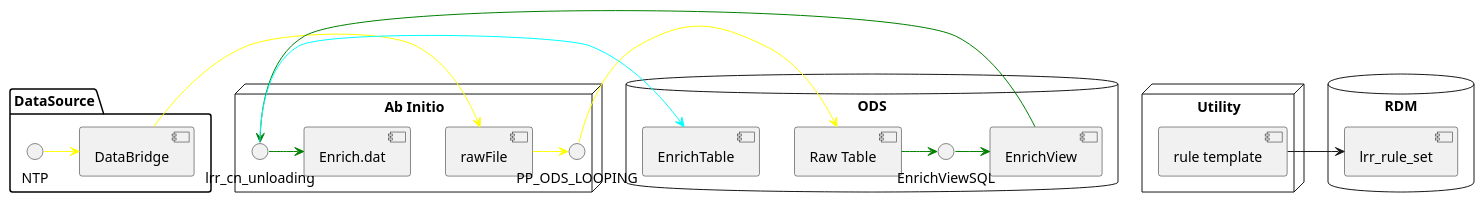
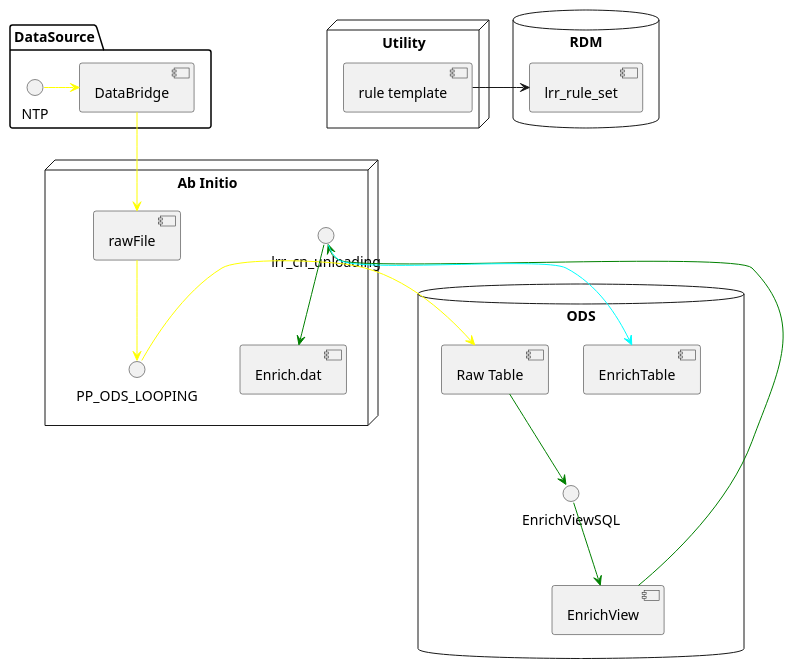
One commit to star-001/JustForFun changed the diagram in PlantUML/ChinaActivity.puml. Above: the diagram before and after it, drawn with PlantUML.

Commit message:
Refactor the layout

```diff
--- a/PlantUML/ChinaActivity.puml
+++ b/PlantUML/ChinaActivity.puml
@@ -1,38 +1,43 @@
 @startuml
 
-package "DataSource" {
+package "DataSource" as ds{
 NTP -[#yellow]> [DataBridge]
 }
-node "Ab Initio" {
+node "Ab Initio" as AI {
+left to right direction
 [rawFile]
 () PP_ODS_LOOPING
+
 () lrr_cn_unloading
 [Enrich.dat]
+top to bottom direction
 }
-
 
 node "Utility"{
 [rule template]
 }
 database "RDM"{
 [lrr_rule_set]
 }
 database "ODS"{
 [Raw Table]
 [EnrichTable]
 [EnrichView]
+
 () EnrichViewSQL
 }
 
-[DataBridge] -[#yellow]> [rawFile]
-rawFile -[#yellow]> PP_ODS_LOOPING
+
+AI --[hidden]>ODS
+[DataBridge] --[#yellow]> [rawFile]
+rawFile -[#yellow]-> PP_ODS_LOOPING
 [EnrichView]-[#green]>lrr_cn_unloading
-PP_ODS_LOOPING -[#yellow]> [Raw Table]
-[Raw Table] -[#green]> EnrichViewSQL
-EnrichViewSQL-[#green]>[EnrichView]
-lrr_cn_unloading-[#green]> [Enrich.dat]
+PP_ODS_LOOPING -[#yellow]-> [Raw Table]
+[Raw Table] -[#green]-> EnrichViewSQL
+EnrichViewSQL-[#green]->[EnrichView]
+lrr_cn_unloading-[#green]-> [Enrich.dat]
 lrr_cn_unloading-[#cyan]> [EnrichTable]
 [rule template] -> lrr_rule_set
 
 
 @enduml
```
